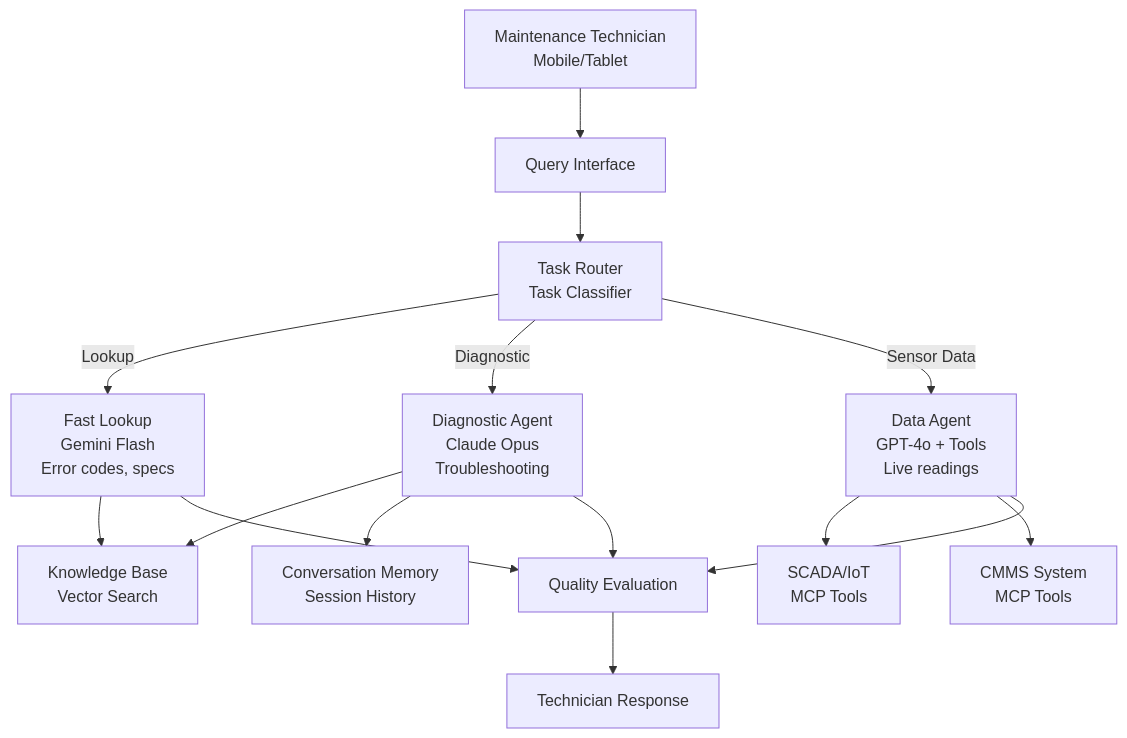
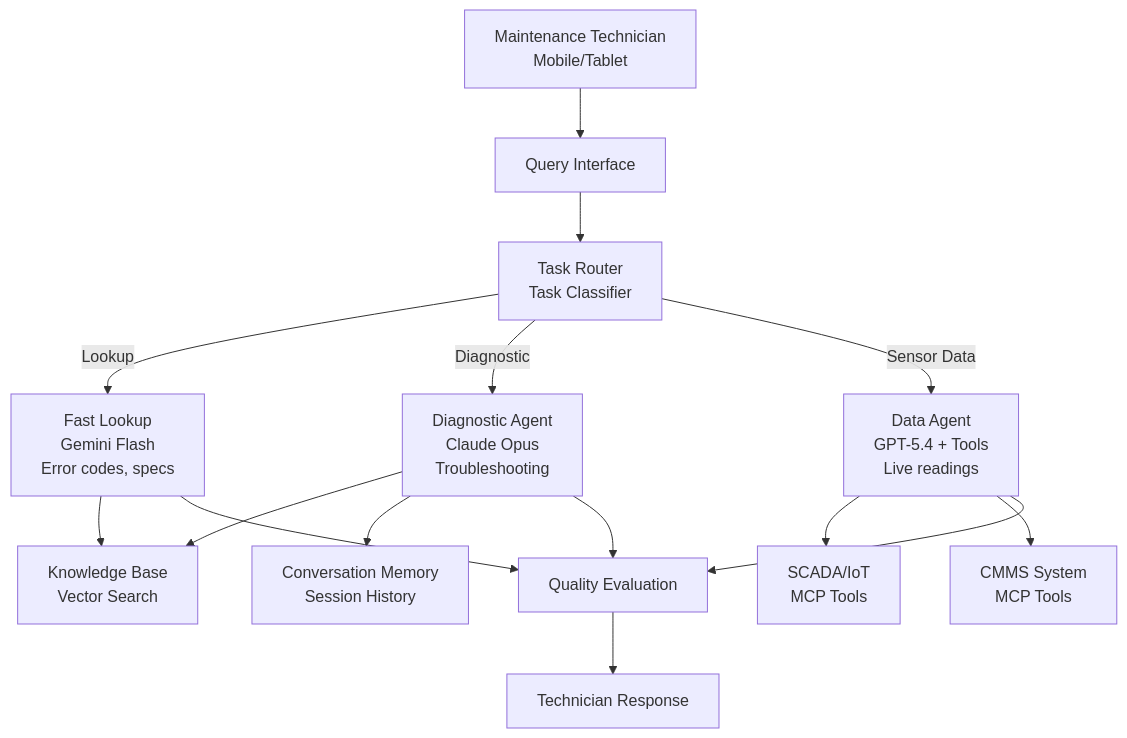
Before and after one commit to juspay/neurolink-blog: the diagram in _posts/2025-12-28-ai-maintenance-knowledge-base-manufacturing.md, drawn with Mermaid. The commit also changed other lines of this file and 172 other files, not shown here.

````diff
--- a/_posts/2025-12-28-ai-maintenance-knowledge-base-manufacturing.md
+++ b/_posts/2025-12-28-ai-maintenance-knowledge-base-manufacturing.md
@@ -42,21 +44,21 @@
 ```mermaid
 flowchart TB
     Tech[Maintenance Technician<br/>Mobile/Tablet] --> Query[Query Interface]
     Query --> Router[Task Router<br/>Task Classifier]
 
     Router -->|Lookup| FastAgent[Fast Lookup<br/>Gemini Flash<br/>Error codes, specs]
     Router -->|Diagnostic| DiagAgent[Diagnostic Agent<br/>Claude Opus<br/>Troubleshooting]
-    Router -->|Sensor Data| DataAgent[Data Agent<br/>GPT-4o + Tools<br/>Live readings]
+    Router -->|Sensor Data| DataAgent[Data Agent<br/>GPT-5.4 + Tools<br/>Live readings]
 
     FastAgent --> KB[Knowledge Base<br/>Vector Search]
     DiagAgent --> KB
     DiagAgent --> Memory[Conversation Memory<br/>Session History]
     DataAgent --> SCADA[SCADA/IoT<br/>MCP Tools]
     DataAgent --> CMMS[CMMS System<br/>MCP Tools]
 
     FastAgent --> Eval[Quality Evaluation]
     DiagAgent --> Eval
     DataAgent --> Eval
 
     Eval --> Response[Technician Response]
 ```
````
